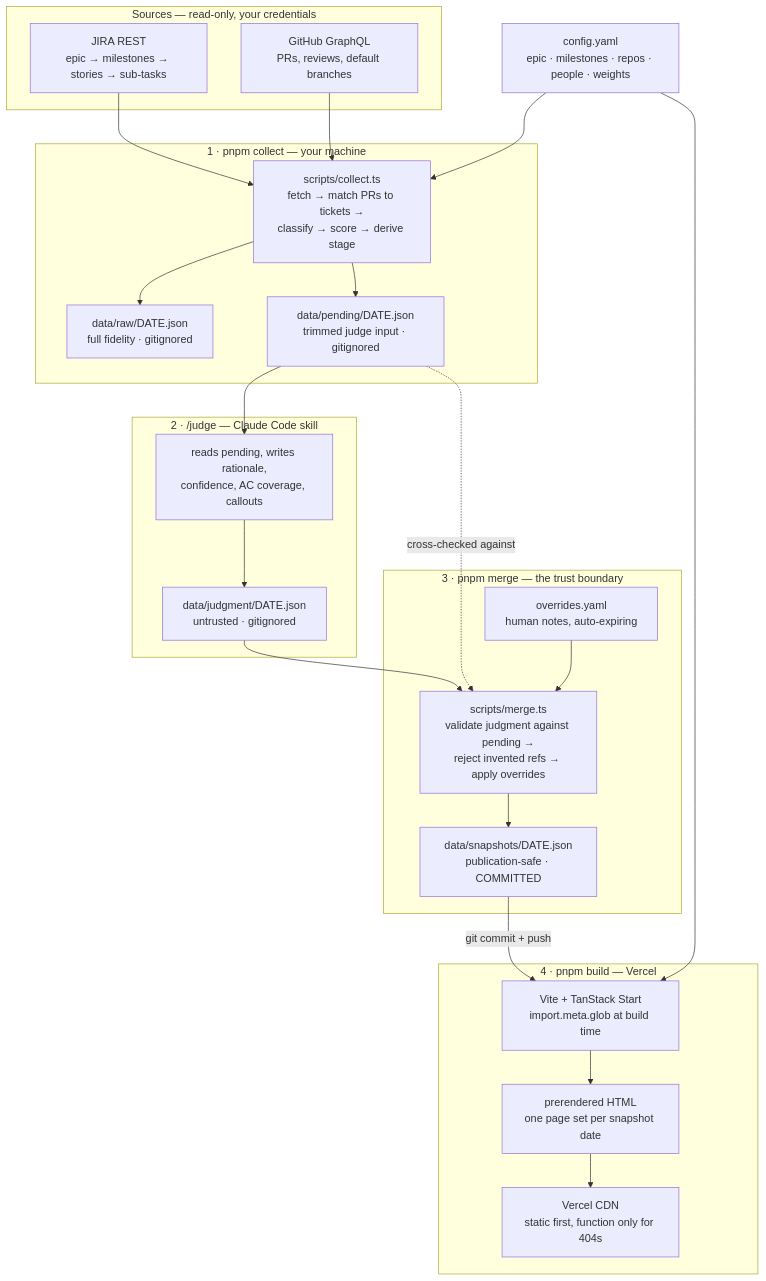
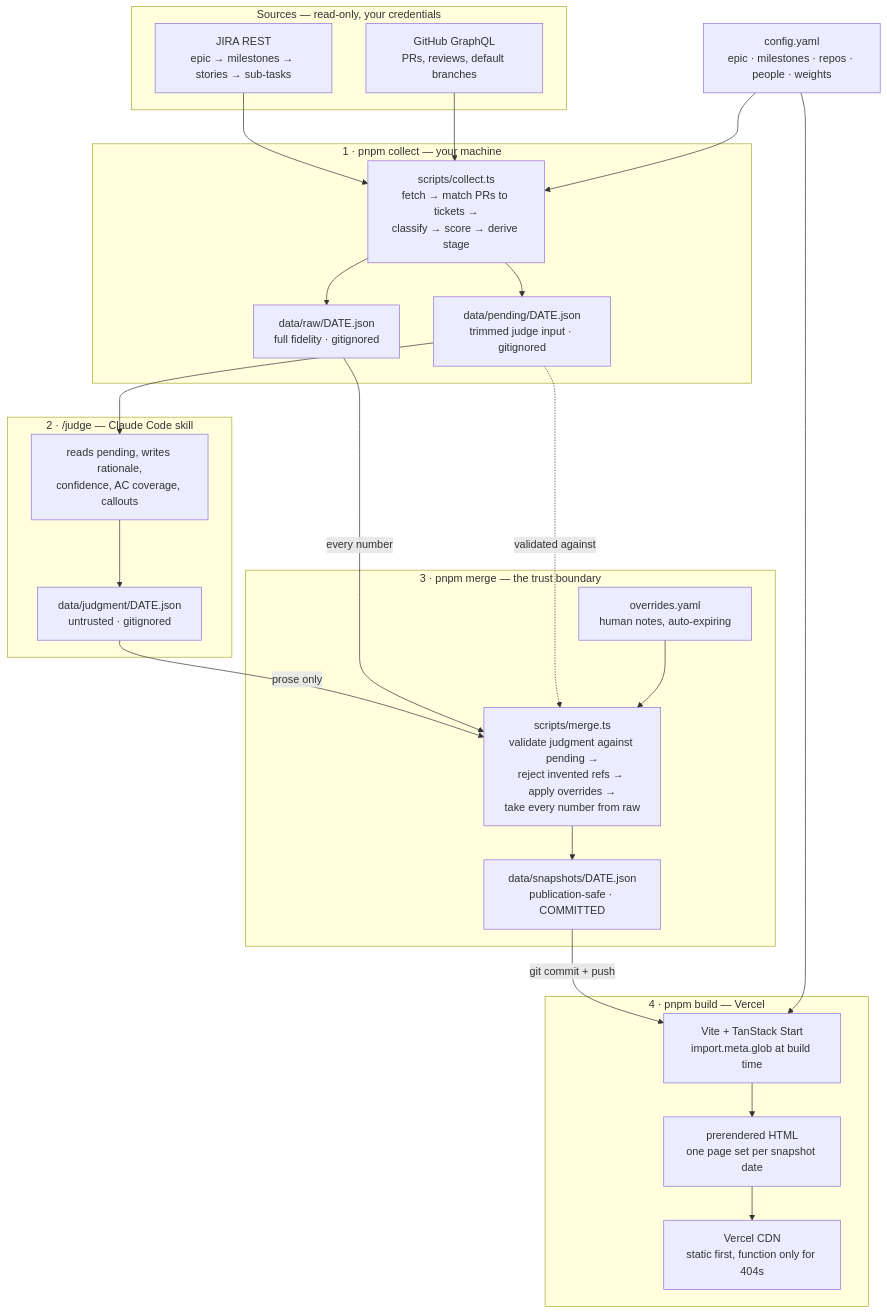
The diagram in README.md (ruzwid/bounce-epic-dash), drawn with Mermaid before and after one commit. The commit also changed other lines of this file and 2 other files, not shown here.

````diff
--- a/README.md
+++ b/README.md
@@ -20,47 +20,48 @@
 ```mermaid
 flowchart TB
     subgraph sources["Sources — read-only, your credentials"]
         JIRA["JIRA REST<br/>epic → milestones → stories → sub-tasks"]
         GH["GitHub GraphQL<br/>PRs, reviews, default branches"]
     end
 
     CFG["config.yaml<br/>epic · milestones · repos · people · weights"]
 
     subgraph collect["1 · pnpm collect — your machine"]
         C["scripts/collect.ts<br/>fetch → match PRs to tickets →<br/>classify → score → derive stage"]
         RAW["data/raw/DATE.json<br/>full fidelity · gitignored"]
         PEND["data/pending/DATE.json<br/>trimmed judge input · gitignored"]
     end
 
     subgraph judge["2 · /judge — Claude Code skill"]
         J["reads pending, writes rationale,<br/>confidence, AC coverage, callouts"]
         JUD["data/judgment/DATE.json<br/>untrusted · gitignored"]
     end
 
     subgraph merge["3 · pnpm merge — the trust boundary"]
-        V["scripts/merge.ts<br/>validate judgment against pending →<br/>reject invented refs → apply overrides"]
+        V["scripts/merge.ts<br/>validate judgment against pending →<br/>reject invented refs → apply overrides →<br/>take every number from raw"]
         OVR["overrides.yaml<br/>human notes, auto-expiring"]
         SNAP["data/snapshots/DATE.json<br/>publication-safe · COMMITTED"]
     end
 
     subgraph publish["4 · pnpm build — Vercel"]
         B["Vite + TanStack Start<br/>import.meta.glob at build time"]
         HTML["prerendered HTML<br/>one page set per snapshot date"]
         CDN["Vercel CDN<br/>static first, function only for 404s"]
     end
 
     JIRA --> C
     GH --> C
     CFG --> C
     C --> RAW
     C --> PEND
     PEND --> J
     J --> JUD
-    JUD --> V
-    PEND -.->|"cross-checked against"| V
+    JUD -->|"prose only"| V
+    RAW -->|"every number"| V
+    PEND -.->|"validated against"| V
     OVR --> V
     V --> SNAP
     SNAP -->|"git commit + push"| B
     CFG --> B
     B --> HTML --> CDN
 ```
````
